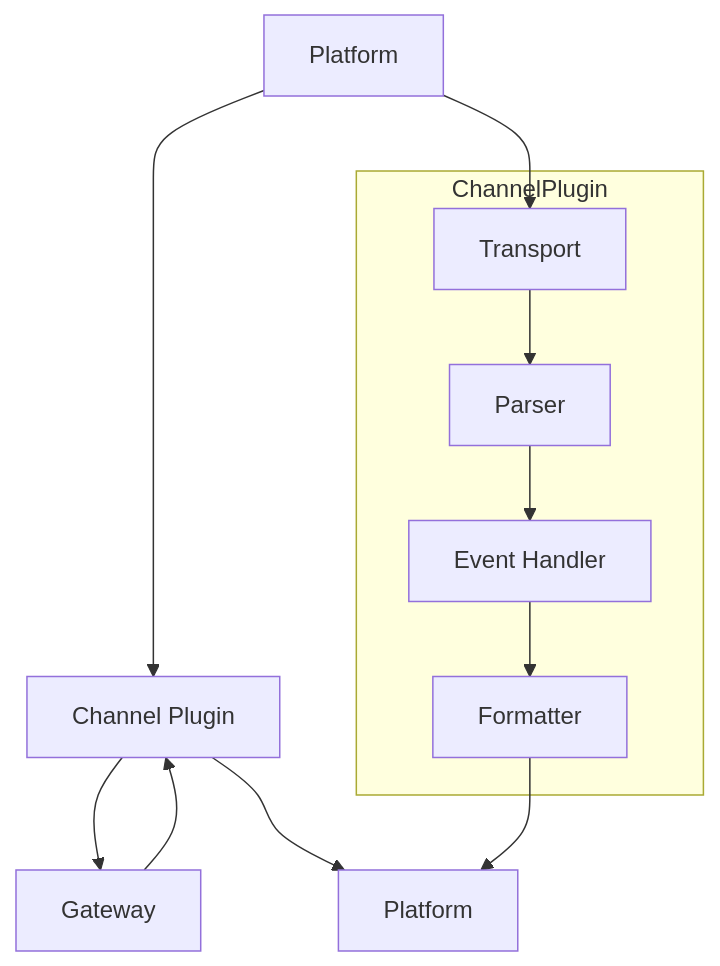
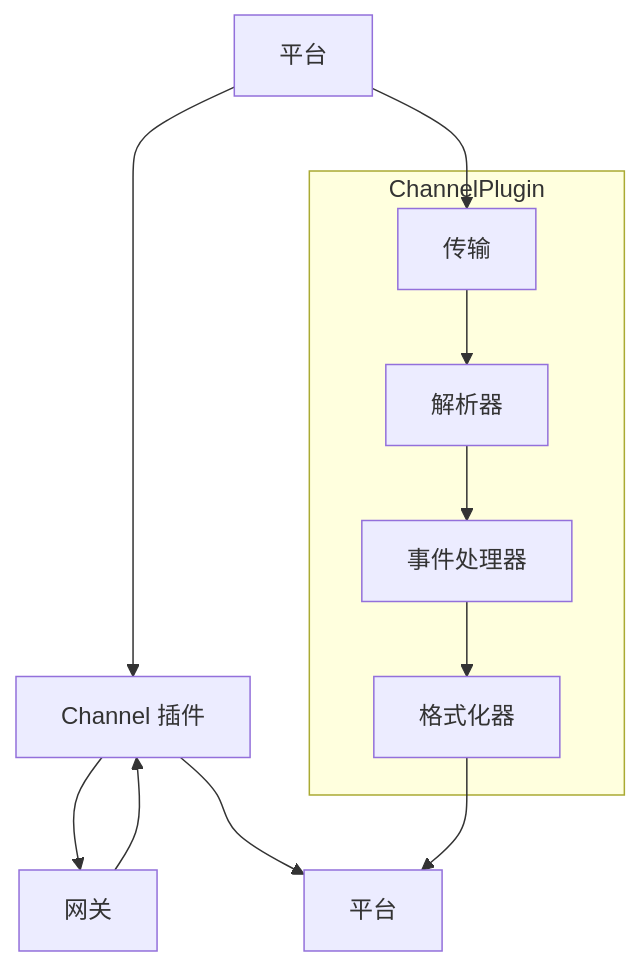
Before and after one commit to a576378368/openclaw_docs: the diagram in docs/zh/architecture-book/part-3-plugin-system/06-channel-plugins.md, drawn with Mermaid. The commit also changed other lines of this file and 7 other files, not shown here.

````diff
--- a/docs/zh/architecture-book/part-3-plugin-system/06-channel-plugins.md
+++ b/docs/zh/architecture-book/part-3-plugin-system/06-channel-plugins.md
@@ -15,20 +15,20 @@
 ```mermaid
 flowchart TB
-    A[Platform] --> B[Channel Plugin]
-    B --> C[Gateway]
+    A[平台] --> B[Channel 插件]
+    B --> C[网关]
     C --> B
-    B --> D[Platform]
+    B --> D[平台]
 
     subgraph ChannelPlugin
-        E[Transport]
-        F[Parser]
-        G[Formatter]
-        H[Event Handler]
+        E[传输]
+        F[解析器]
+        G[格式化器]
+        H[事件处理器]
     end
 
     A --> E
     E --> F
     F --> H
     H --> G
     G --> D
 ```
````
